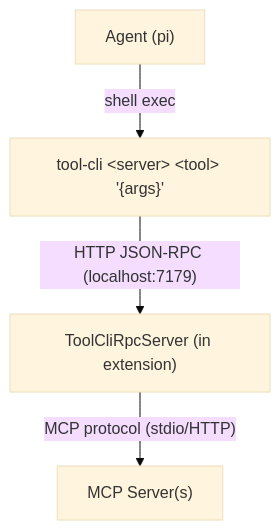
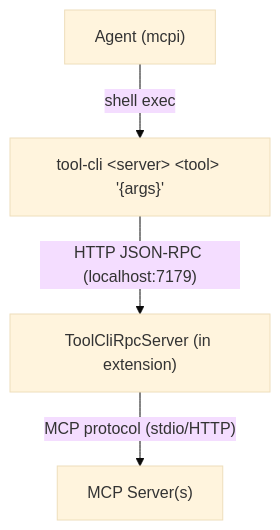
Before and after one commit to SamMorrowDrums/mcpi-ext: the second of 3 diagrams in README.md, drawn with Mermaid (base theme). The commit also changed other lines of this file and 18 other files, not shown here.

````diff
--- a/README.md
+++ b/README.md
@@ -73,6 +91,6 @@
 ```mermaid
 flowchart TD
-    A["Agent (pi)"] -->|shell exec| B["tool-cli &lt;server&gt; &lt;tool&gt; '{args}'"]
+    A["Agent (mcpi)"] -->|shell exec| B["tool-cli &lt;server&gt; &lt;tool&gt; '{args}'"]
     B -->|"HTTP JSON-RPC (localhost:7179)"| C["ToolCliRpcServer (in extension)"]
     C -->|"MCP protocol (stdio/HTTP)"| D["MCP Server(s)"]
 ```
````
